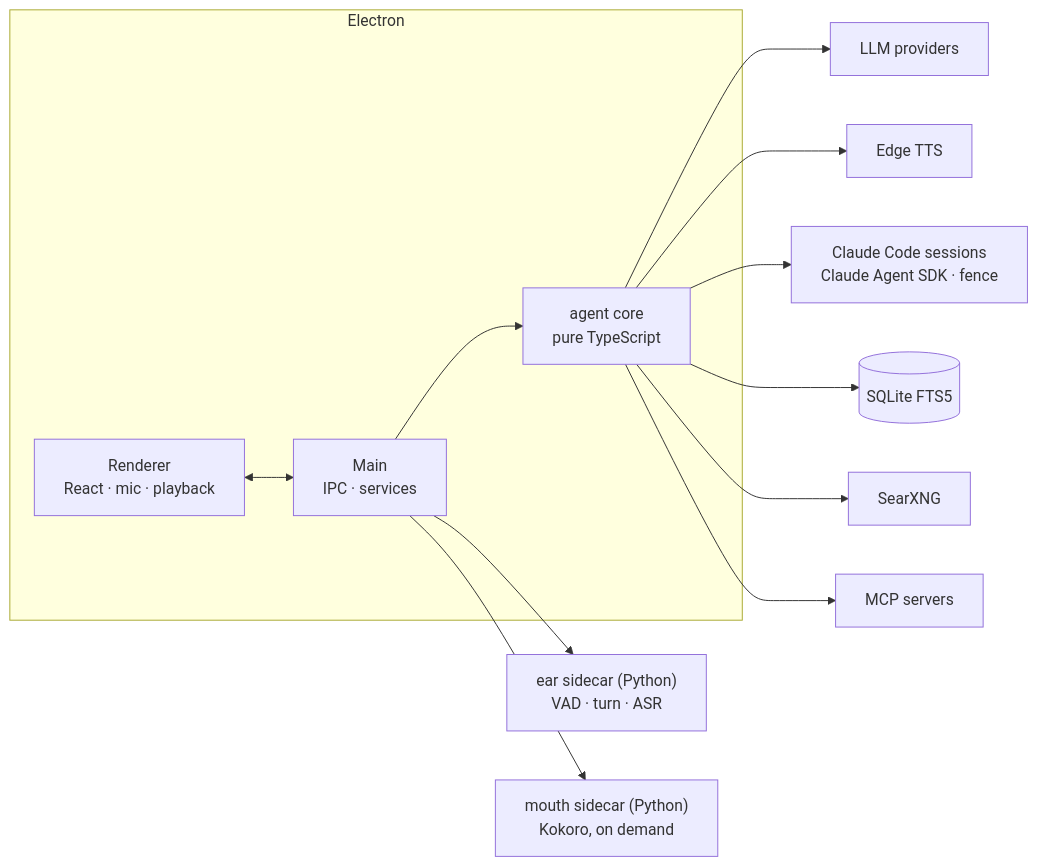
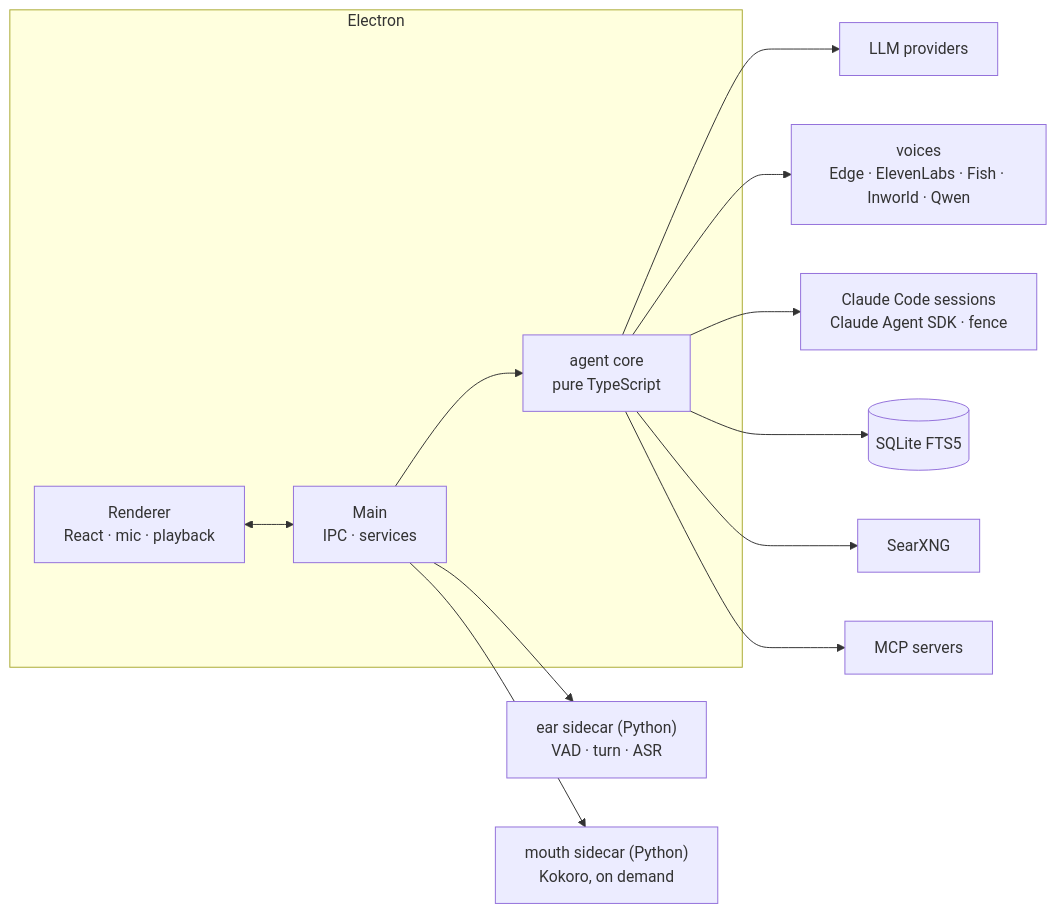
Before and after one commit to nodeblackbox/voice-agent-harness: the second of 2 diagrams in README.md, drawn with Mermaid. The commit also changed other lines of this file and 39 other files, not shown here.

First line of the commit message:
Hosted voices (ElevenLabs, Fish Audio, Inworld, Qwen) behind the same sentence pipeline; Edge proxy; delivery cues

````diff
--- a/README.md
+++ b/README.md
@@ -140,15 +142,15 @@
 ```mermaid
 flowchart LR
   subgraph Electron
     R["Renderer<br/>React · mic · playback"] <--> M["Main<br/>IPC · services"]
     M --> C["agent core<br/>pure TypeScript"]
   end
   C --> LLM["LLM providers"]
-  C --> TTS["Edge TTS"]
+  C --> TTS["voices<br/>Edge · ElevenLabs · Fish · Inworld · Qwen"]
   C --> CC["Claude Code sessions<br/>Claude Agent SDK · fence"]
   C --> DB[("SQLite FTS5")]
   C --> SX["SearXNG"]
   C --> MCP["MCP servers"]
   M --> EAR["ear sidecar (Python)<br/>VAD · turn · ASR"]
   M --> MOUTH["mouth sidecar (Python)<br/>Kokoro, on demand"]
 ```
````
